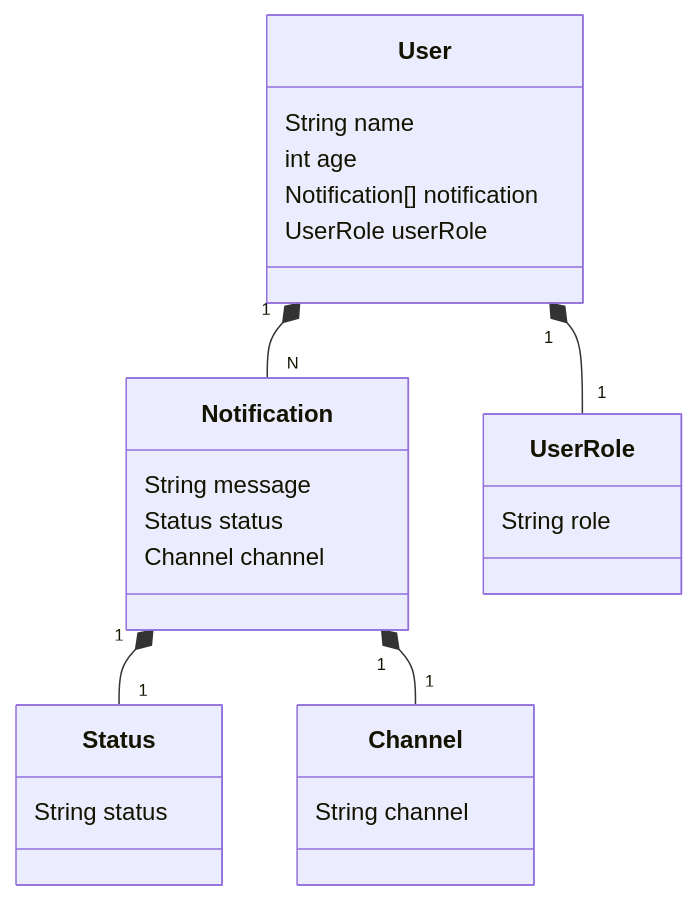
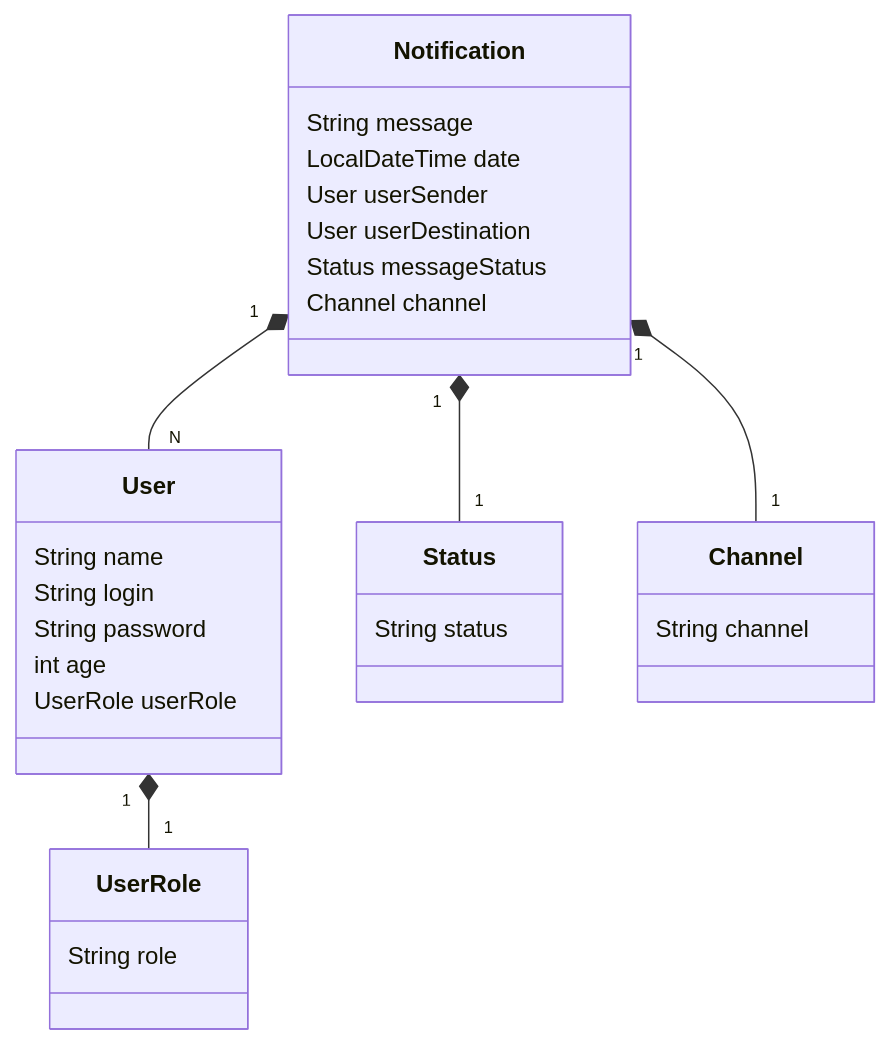
The diagram in README.md (Lostednft/auth-api-notification), drawn with Mermaid before and after one commit.

````diff
--- a/README.md
+++ b/README.md
@@ -1,32 +1,36 @@
 ```mermaid
 classDiagram
     class User {
-        String name
+	String name
+        String login
+	String password
         int age
-        Notification[] notification
         UserRole userRole
     }
 
     class Notification {
         String message
-        Status status
+	LocalDateTime date
+	User userSender
+	User userDestination
+        Status messageStatus
         Channel channel
     }
 
     class Status {
 	    String status
     }
 
     class Channel{
       String channel
     }
 
     class UserRole {
         String role
     }
 
-    User"1" *-- "N"Notification 
     User"1" *-- "1"UserRole
     Notification"1" *-- "1"Status
     Notification"1" *-- "1"Channel
+    Notification "1" *-- "N" User
 ```
````
